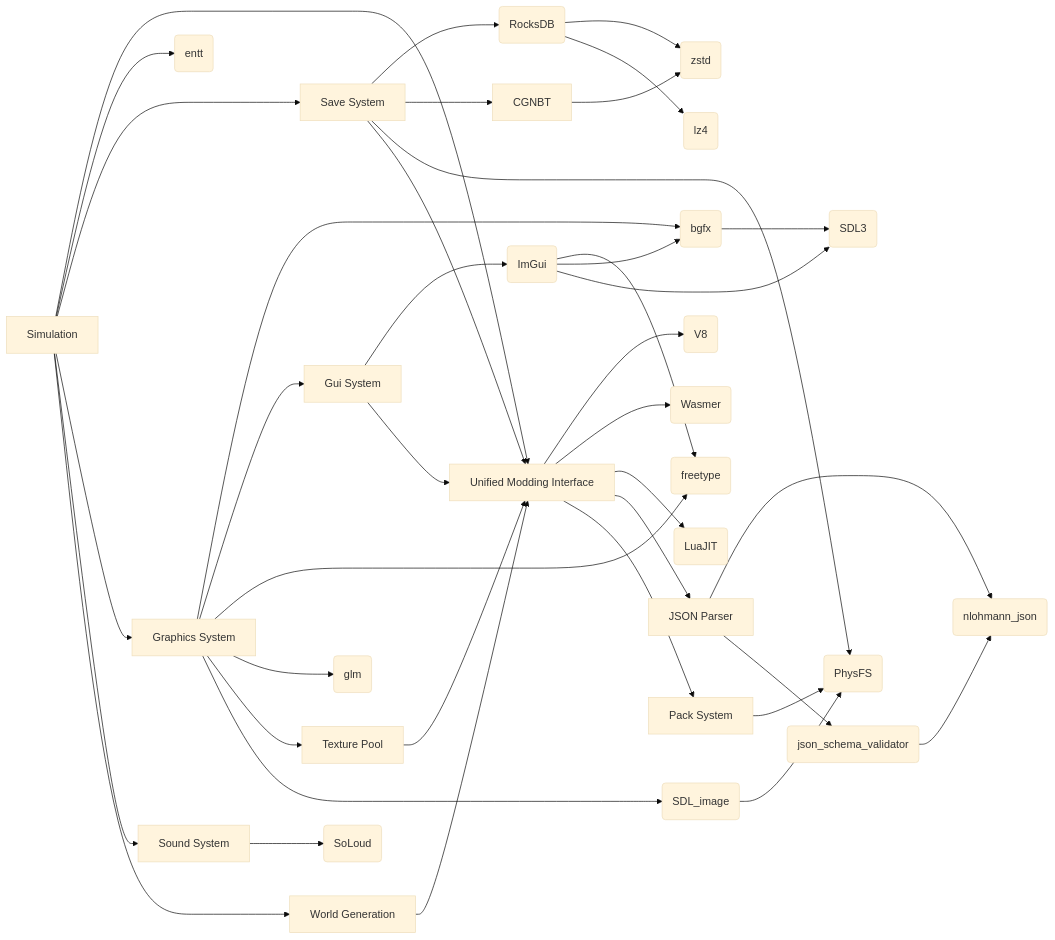
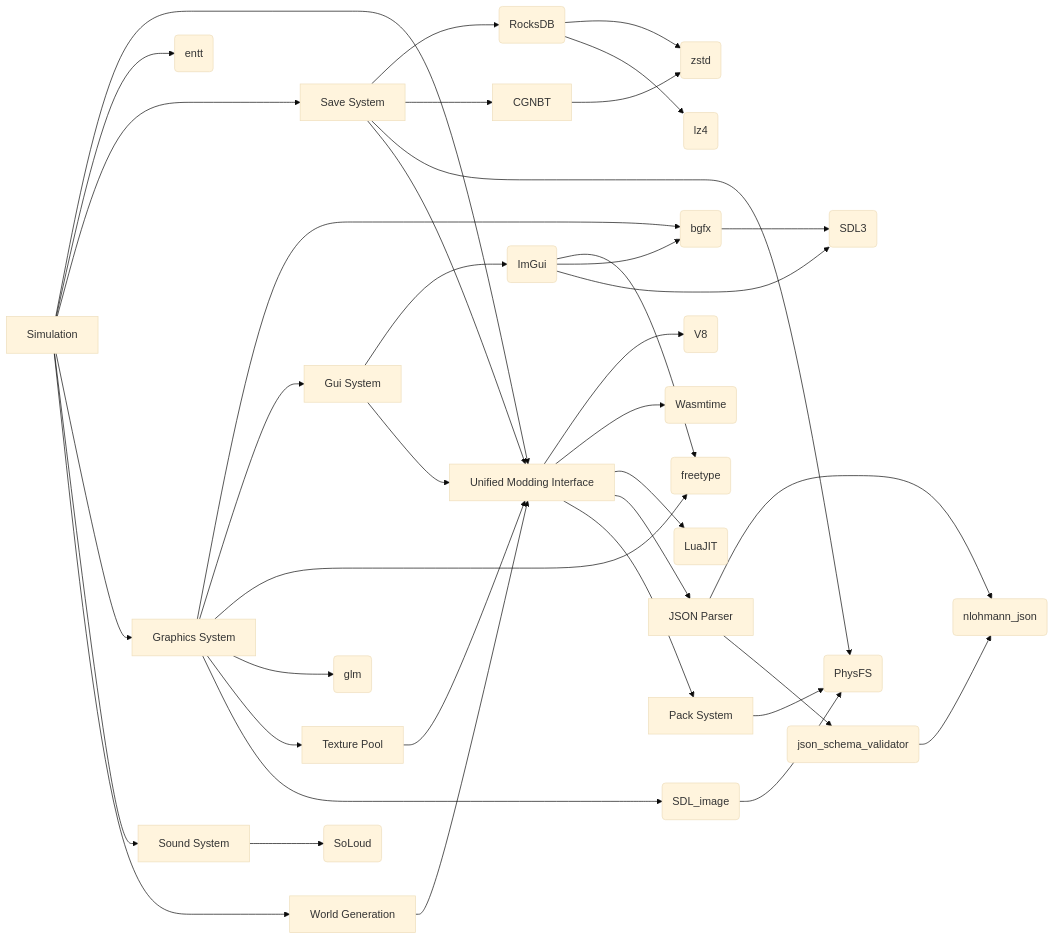
The diagram in docs/cg/design.mdx (cherryridge/docs), drawn with Mermaid (base theme) before and after one commit. The commit also changed 3 other files, not shown here.

````diff
--- a/docs/cg/design.mdx
+++ b/docs/cg/design.mdx
@@ -27,41 +27,41 @@
 ```mermaid
 graph LR
     A[Simulation]-->B[Unified Modding Interface]
     A-->C(entt)
     B-->D(V8)
-    B-->E(Wasmer)
+    B-->E(Wasmtime)
     B-->F(LuaJIT)
     B-->G[JSON Parser]
     G-->g(nlohmann_json)
     G-->gg(json_schema_validator)
     gg-->g
     B-->H[Pack System]
     I[World Generation]-->B
     A-->J[Save System]
     J-->K(RocksDB)
     J-->L[CGNBT]
     K-->l(zstd)
     K-->ll(lz4)
     L-->l
     J-->M(PhysFS)
     A-->N[Graphics System]
     N-->O(bgfx)
     N-->P[Gui System]
     P-->Q(ImGui)
     Q-->q(freetype)
     N-->q
     N-->r(glm)
     Q-->O
     P-->B
     N-->R[Texture Pool]
     R-->B
     O-->S(SDL3)
     Q-->S
     N-->T(SDL_image)
     T-->M
     A-->U[Sound System]
     U-->V(SoLoud)
     H-->M
     J-->B
     A-->I
 ```
````
